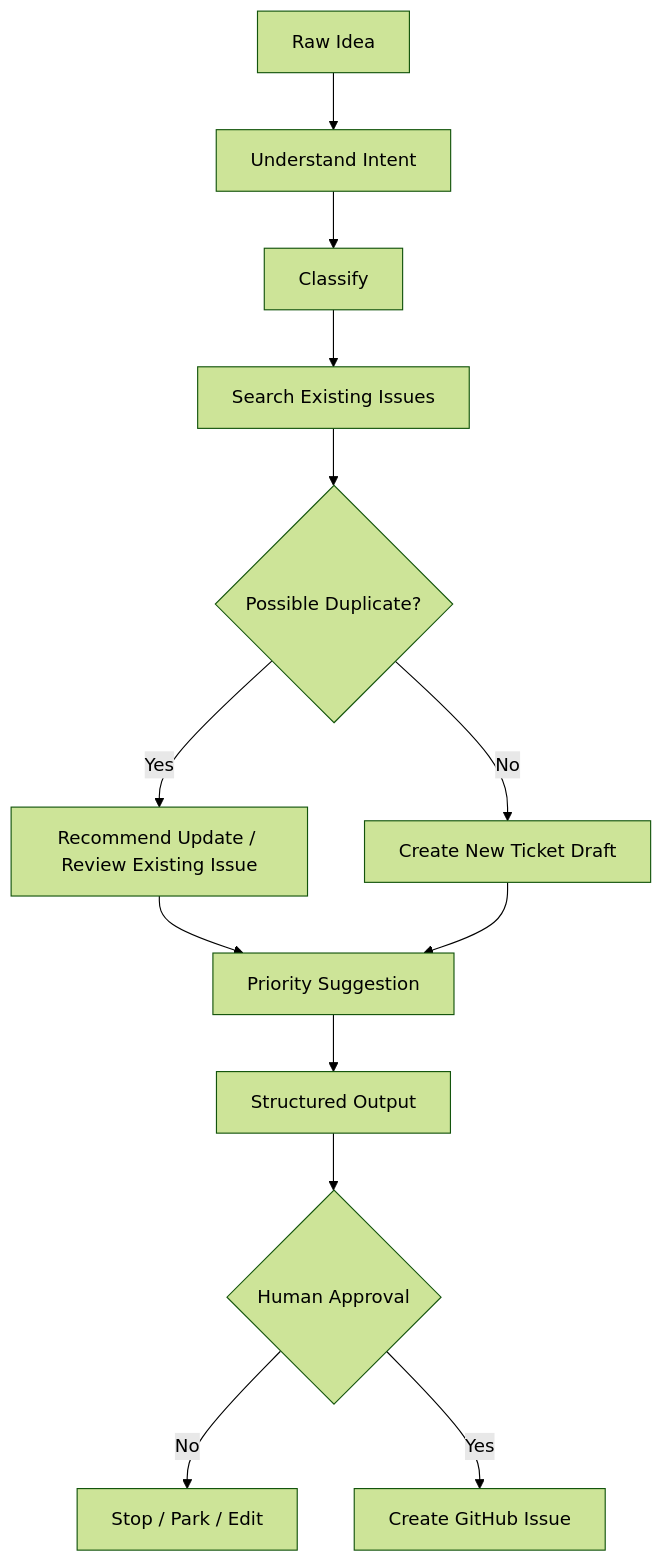
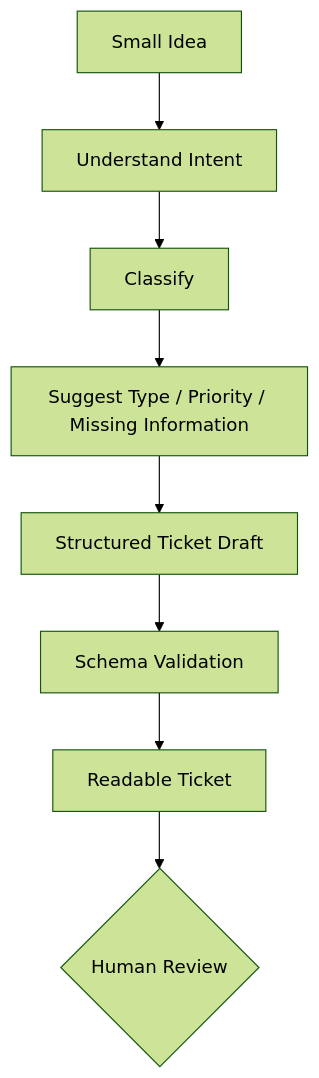
The third of 15 diagrams in README.md (dawnluma/ai-dev-workflow), drawn with Mermaid (forest theme) before and after one commit. The commit also changed other lines of this file and 13 other files, not shown here.

````diff
--- a/README.md
+++ b/README.md
@@ -295,19 +354,10 @@
 ```mermaid
 flowchart TD
-    A[Raw Idea] --> B[Understand Intent]
+    A[Small Idea] --> B[Understand Intent]
     B --> C[Classify]
-    C --> D[Search Existing Issues]
-    D --> E{Possible Duplicate?}
-
-    E -->|Yes| F[Recommend Update / Review Existing Issue]
-    E -->|No| G[Create New Ticket Draft]
-
-    F --> H[Priority Suggestion]
-    G --> H
-
-    H --> I[Structured Output]
-    I --> J{Human Approval}
-
-    J -->|No| K[Stop / Park / Edit]
-    J -->|Yes| L[Create GitHub Issue]
+    C --> D[Suggest Type / Priority / Missing Information]
+    D --> E[Structured Ticket Draft]
+    E --> F[Schema Validation]
+    F --> G[Readable Ticket]
+    G --> H{Human Review}
 ```
````
